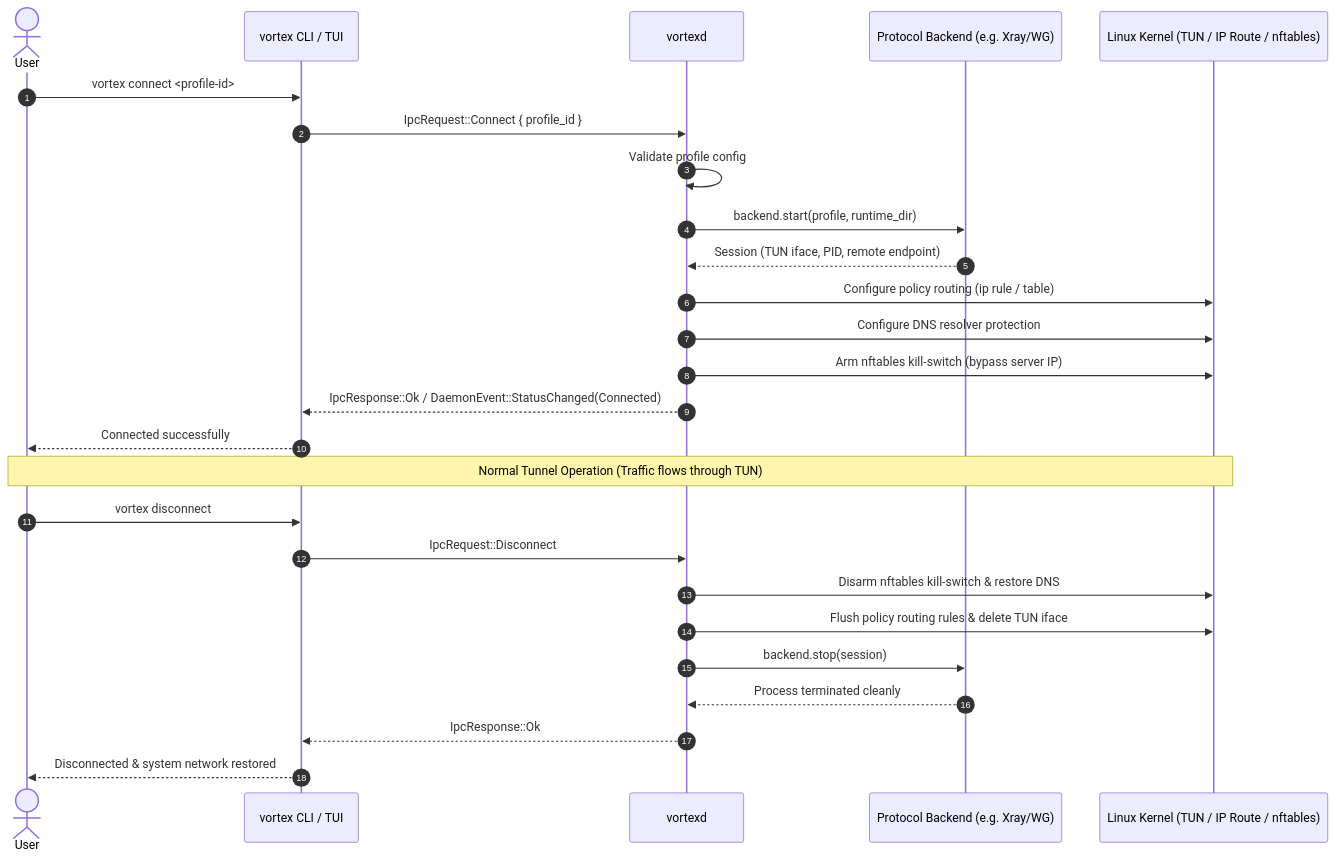
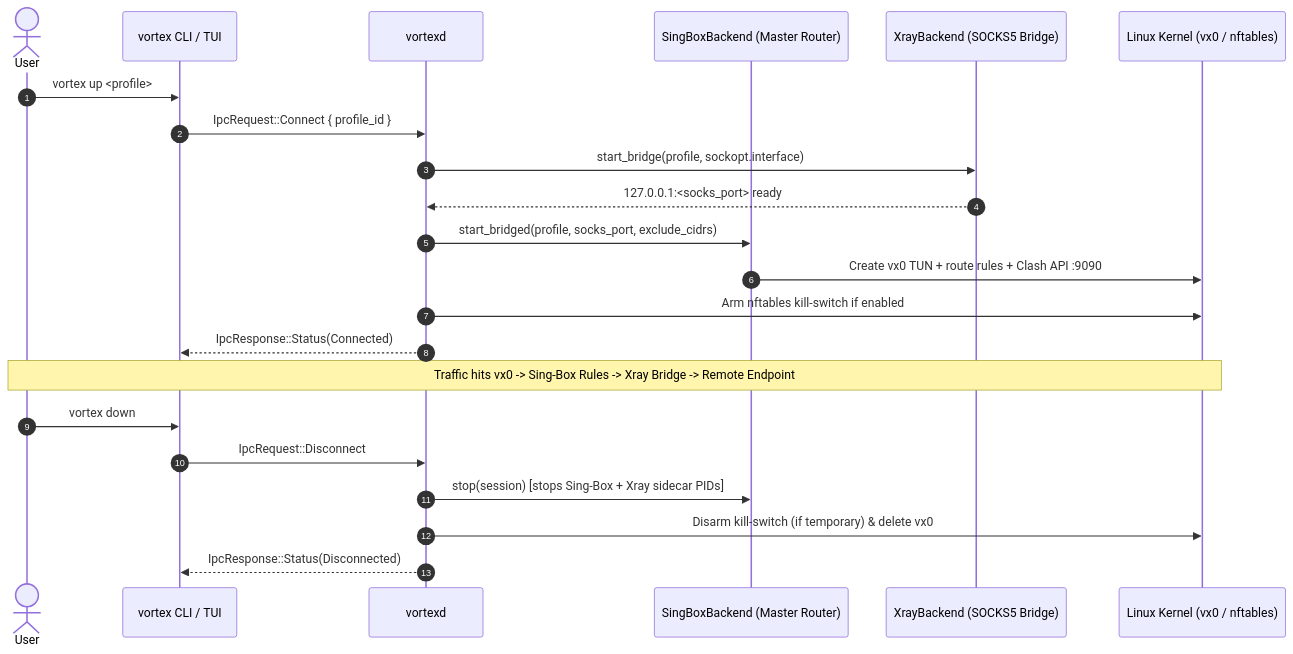
Before and after one commit to vispobish01-netizen/vortex: the second of 2 diagrams in docs/ARCHITECTURE.md, drawn with Mermaid. The commit also changed other lines of this file and 39 other files, not shown here.

````diff
--- a/docs/ARCHITECTURE.md
+++ b/docs/ARCHITECTURE.md
@@ -89,32 +85,27 @@
 ```mermaid
 sequenceDiagram
     autonumber
     actor User
     participant CLI as vortex CLI / TUI
     participant Daemon as vortexd
-    participant Backend as Protocol Backend (e.g. Xray/WG)
-    participant Kernel as Linux Kernel (TUN / IP Route / nftables)
+    participant SingBox as SingBoxBackend (Master Router)
+    participant Xray as XrayBackend (SOCKS5 Bridge)
+    participant Kernel as Linux Kernel (vx0 / nftables)
 
-    User->>CLI: vortex connect <profile-id>
+    User->>CLI: vortex up <profile>
     CLI->>Daemon: IpcRequest::Connect { profile_id }
-    Daemon->>Daemon: Validate profile config
-    Daemon->>Backend: backend.start(profile, runtime_dir)
-    Backend-->>Daemon: Session (TUN iface, PID, remote endpoint)
-    
-    Daemon->>Kernel: Configure policy routing (ip rule / table)
-    Daemon->>Kernel: Configure DNS resolver protection
-    Daemon->>Kernel: Arm nftables kill-switch (bypass server IP)
-    Daemon-->>CLI: IpcResponse::Ok / DaemonEvent::StatusChanged(Connected)
-    CLI-->>User: Connected successfully
+    Daemon->>Xray: start_bridge(profile, sockopt.interface)
+    Xray-->>Daemon: 127.0.0.1:<socks_port> ready
+    Daemon->>SingBox: start_bridged(profile, socks_port, exclude_cidrs)
+    SingBox->>Kernel: Create vx0 TUN + route rules + Clash API :9090
+    Daemon->>Kernel: Arm nftables kill-switch if enabled
+    Daemon-->>CLI: IpcResponse::Status(Connected)
 
-    Note over User,Kernel: Normal Tunnel Operation (Traffic flows through TUN)
+    Note over User,Kernel: Traffic hits vx0 -> Sing-Box Rules -> Xray Bridge -> Remote Endpoint
 
-    User->>CLI: vortex disconnect
+    User->>CLI: vortex down
     CLI->>Daemon: IpcRequest::Disconnect
-    Daemon->>Kernel: Disarm nftables kill-switch & restore DNS
-    Daemon->>Kernel: Flush policy routing rules & delete TUN iface
-    Daemon->>Backend: backend.stop(session)
-    Backend-->>Daemon: Process terminated cleanly
-    Daemon-->>CLI: IpcResponse::Ok
-    CLI-->>User: Disconnected & system network restored
+    Daemon->>SingBox: stop(session) [stops Sing-Box + Xray sidecar PIDs]
+    Daemon->>Kernel: Disarm kill-switch (if temporary) & delete vx0
+    Daemon-->>CLI: IpcResponse::Status(Disconnected)
 ```
````
